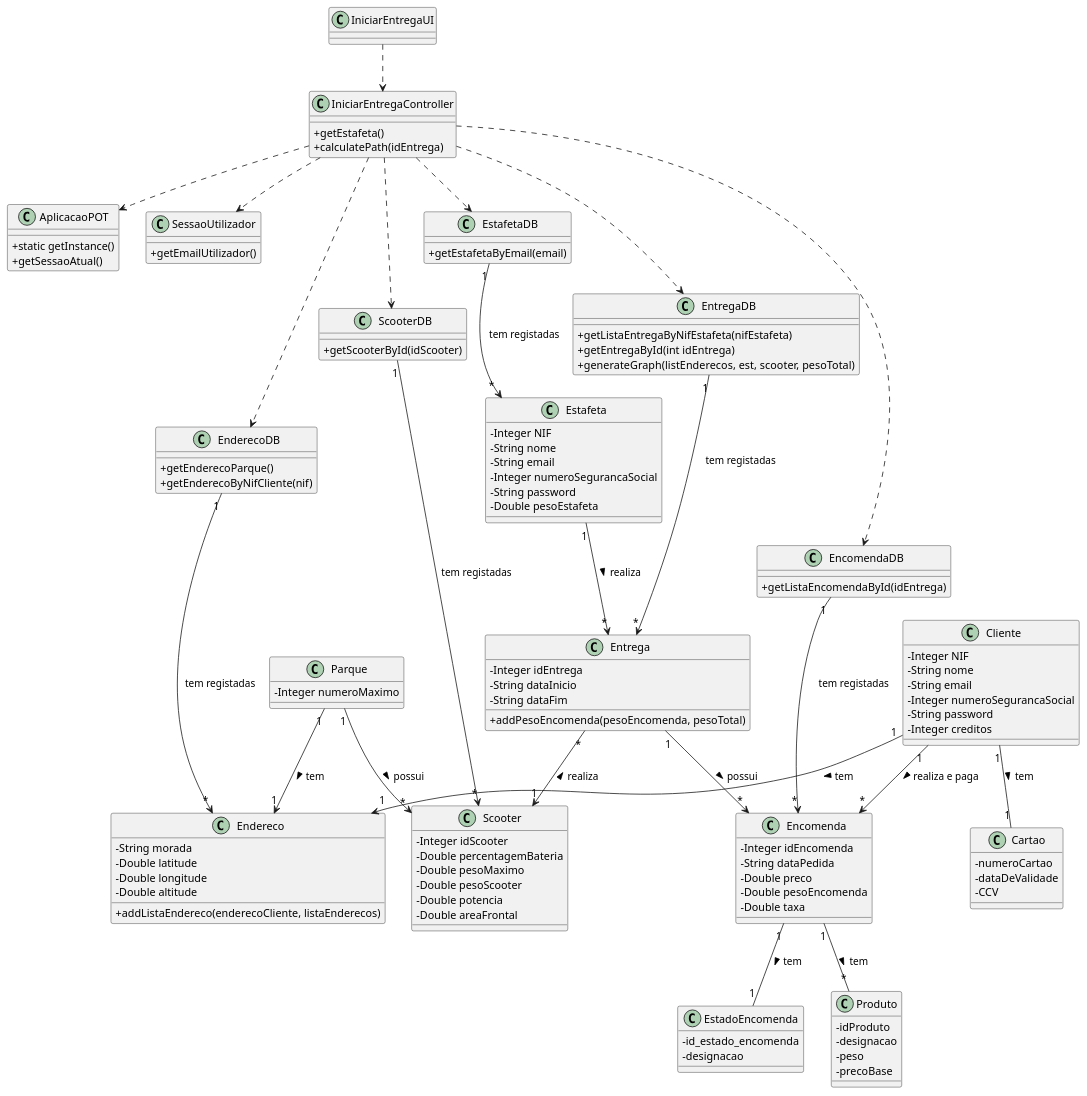
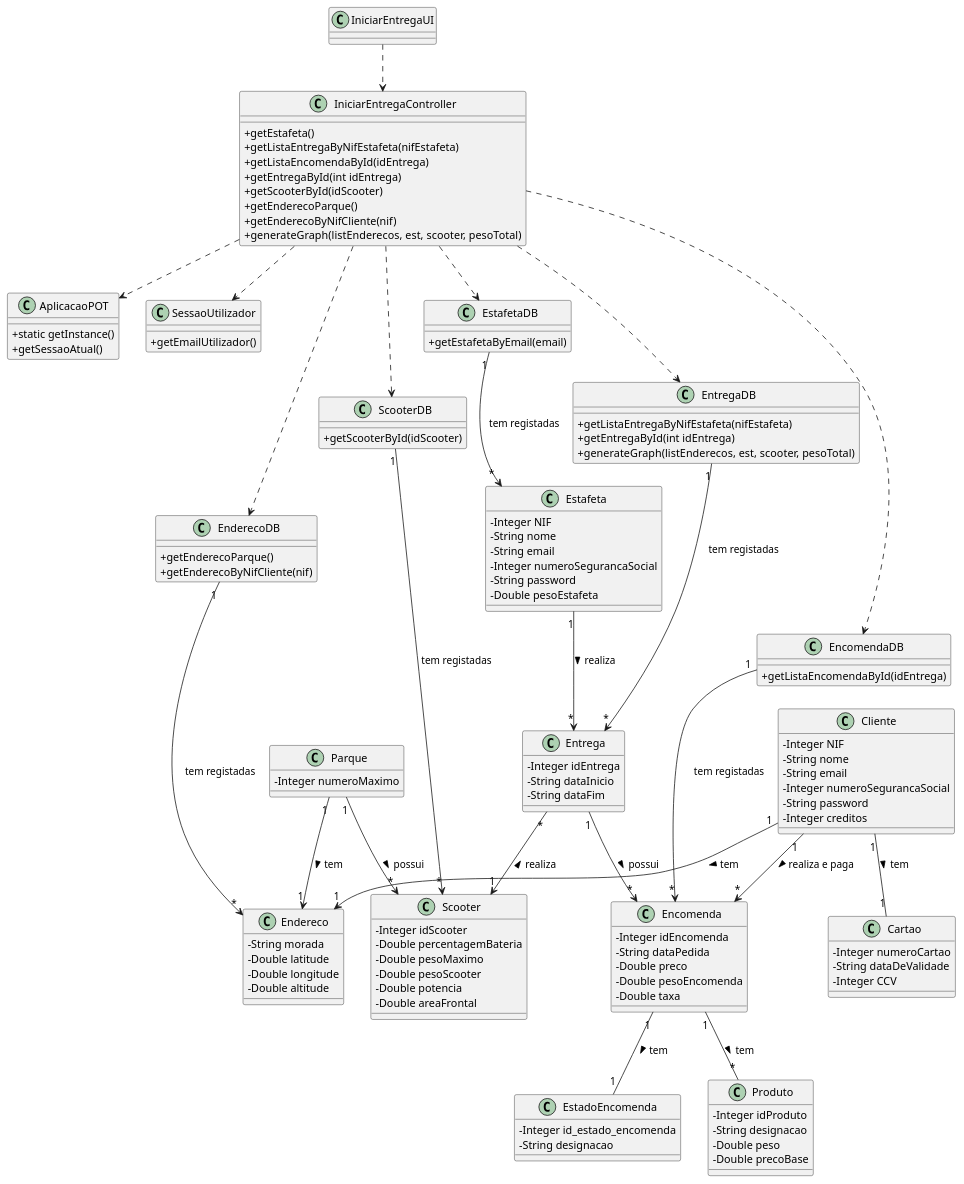
Before and after one commit to pedrolemos4/LAPR3: the diagram in docs/UC22/IniciaEntregaCD.puml, drawn with PlantUML. The commit also changed 1 other file, not shown here.

Commit message:
LAP3AP4-82 #close Inicia Entrega [Review] correção

```diff
--- a/docs/UC22/IniciaEntregaCD.puml
+++ b/docs/UC22/IniciaEntregaCD.puml
@@ -1,144 +1,148 @@
 @startuml
 skinparam classAttributeIconSize 0
 
 class AplicacaoPOT{
   +static getInstance()
   +getSessaoAtual()
 }
 
 class SessaoUtilizador{
   +getEmailUtilizador()
 }
 
 class EnderecoDB {
   +getEnderecoParque()
   +getEnderecoByNifCliente(nif)
 }
 
 class ScooterDB {
   +getScooterById(idScooter)
 }
 
 class EncomendaDB {
   +getListaEncomendaById(idEntrega)
 }
 
 class Entrega {
   -Integer idEntrega
   -String dataInicio
   -String dataFim
-  +addPesoEncomenda(pesoEncomenda, pesoTotal)
 }
 
 class EntregaDB {
   +getListaEntregaByNifEstafeta(nifEstafeta)
   +getEntregaById(int idEntrega)
   +generateGraph(listEnderecos, est, scooter, pesoTotal)
 }
 
 class EstafetaDB {
   +getEstafetaByEmail(email)
 }
 
 class IniciarEntregaController {
   +getEstafeta()
-  +calculatePath(idEntrega)
+  +getListaEntregaByNifEstafeta(nifEstafeta)
+  +getListaEncomendaById(idEntrega)
+  +getEntregaById(int idEntrega)
+  +getScooterById(idScooter)
+  +getEnderecoParque()
+  +getEnderecoByNifCliente(nif)
+  +generateGraph(listEnderecos, est, scooter, pesoTotal)
 }
 
 class IniciarEntregaUI {
 }
 
 class Encomenda {
   -Integer idEncomenda
   -String dataPedida
   -Double preco
   -Double pesoEncomenda
   -Double taxa
 }
 
 class Estafeta {
   -Integer NIF
   -String nome
   -String email
   -Integer numeroSegurancaSocial
   -String password
   -Double pesoEstafeta
 }
 
 class Scooter {
   -Integer idScooter
   -Double percentagemBateria
   -Double pesoMaximo
   -Double pesoScooter
   -Double potencia
   -Double areaFrontal
 }
 
 class Endereco {
   -String morada
   -Double latitude
   -Double longitude
   -Double altitude
-  +addListaEndereco(enderecoCliente, listaEnderecos)
 }
 
 class Parque {
   -Integer numeroMaximo
 }
 
 class Cliente {
   -Integer NIF
   -String nome
   -String email
   -Integer numeroSegurancaSocial
   -String password
   -Integer creditos
 }
 
 
 class Cartao {
-  -numeroCartao
-  -dataDeValidade
-  -CCV
+  -Integer numeroCartao
+  -String dataDeValidade
+  -Integer CCV
 }
 
 class EstadoEncomenda {
-  -id_estado_encomenda
-  -designacao
+  -Integer id_estado_encomenda
+  -String designacao
 }
 
 class Produto {
-  -idProduto
-  -designacao
-  -peso
-  -precoBase
+  -Integer idProduto
+  -String designacao
+  -Double peso
+  -Double precoBase
 }
 
 IniciarEntregaUI ..> IniciarEntregaController
 
 IniciarEntregaController ..> EstafetaDB
 IniciarEntregaController ..> EnderecoDB
 IniciarEntregaController ..> ScooterDB
 IniciarEntregaController ..> EntregaDB
 IniciarEntregaController ..> EncomendaDB
 IniciarEntregaController ..> AplicacaoPOT
 IniciarEntregaController ..> SessaoUtilizador
 
 EntregaDB "1" --> "*" Entrega : tem registadas
 EstafetaDB "1" --> "*" Estafeta : tem registadas
 EncomendaDB "1" --> "*" Encomenda : tem registadas
 EnderecoDB "1" --> "*" Endereco : tem registadas
 ScooterDB "1" --> "*" Scooter : tem registadas
 
 Cliente "1" -- "1" Cartao : tem >
 Parque "1" --> "*" Scooter: possui >
 Parque "1" --> "1" Endereco: tem >
 Entrega "1" --> "*" Encomenda : possui >
 Estafeta "1" --> "*" Entrega: realiza >
 Entrega "*" --> "1" Scooter: realiza <
 Cliente "1" --> "1" Endereco: tem >
 Cliente "1" --> "*" Encomenda: realiza e paga >
 Encomenda "1" -- "1" EstadoEncomenda : tem >
 Encomenda "1" -- "*" Produto: tem >
 
 @enduml
```
